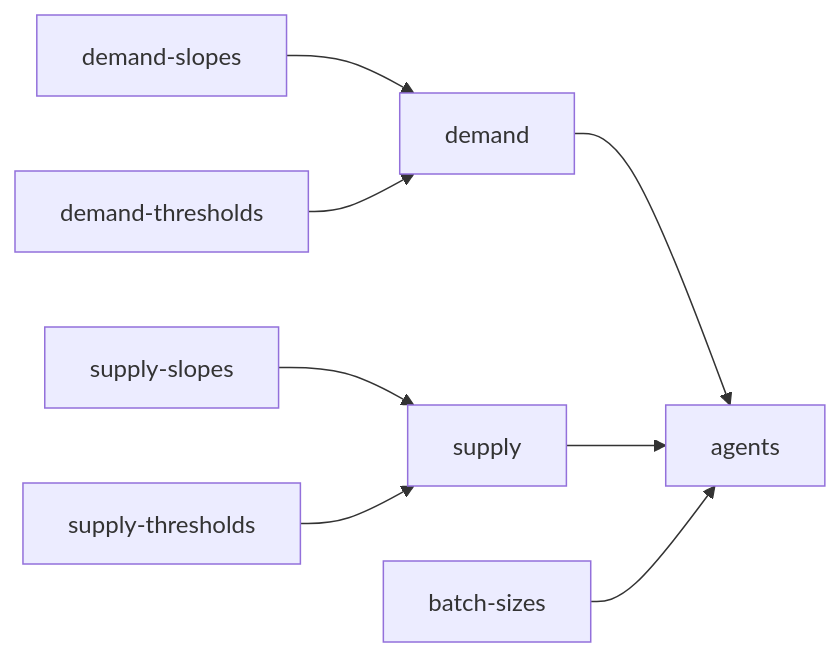
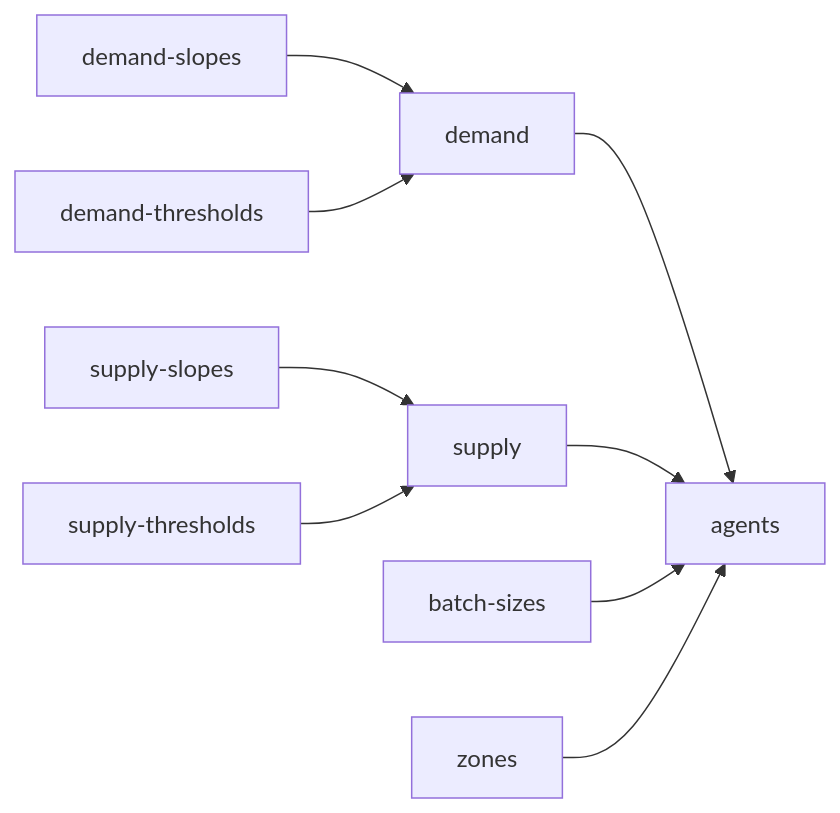
Before and after one commit to hcubasd/urban-dollop: the diagram in README.md, drawn with Mermaid. The commit also changed 6 other files, not shown here.

````diff
--- a/README.md
+++ b/README.md
@@ -3,10 +3,11 @@
 ```mermaid
 flowchart LR
     demand_slopes[demand-slopes] --> demand[demand]
     demand_thresholds[demand-thresholds] --> demand
     supply_slopes[supply-slopes] --> supply[supply]
     supply_thresholds[supply-thresholds] --> supply
     demand --> agents[agents]
     supply --> agents
     batch_sizes[batch-sizes] --> agents
+    zones[zones] --> agents
 ```
````
